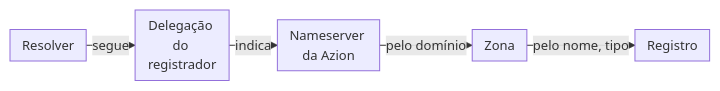
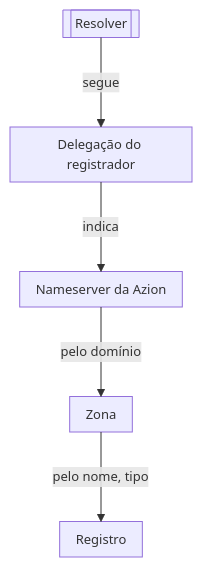
Before and after one commit to aziontech/docs: the diagram in apps/docs/src/content/docs/pt-br/pages/menu-principal/referencia/secure/edge-dns/edge-dns.mdx, drawn with Mermaid. The commit also changed 179 other files, not shown here.

Commit message:
docs(diagrams): redraw every other diagram in the use-case diagram style (#2513)

````diff
--- a/apps/docs/src/content/docs/pt-br/pages/menu-principal/referencia/secure/edge-dns/edge-dns.mdx
+++ b/apps/docs/src/content/docs/pt-br/pages/menu-principal/referencia/secure/edge-dns/edge-dns.mdx
@@ -50,8 +50,8 @@
 ```mermaid
-%%{init: {"layout": "dagre", "themeVariables": {"fontSize": "13px"}, "flowchart": {"nodeSpacing": 12, "rankSpacing": 12, "padding": 6, "wrappingWidth": 70, "minNodeWidth": 40, "useMaxWidth": true}}}%%
-flowchart LR
-  Res["Resolver"] -->|"segue"| Del["Delegação do registrador"]
+%%{init: {"layout": "elk", "themeVariables": {"fontSize": "13px"}, "flowchart": {"nodeSpacing": 24, "rankSpacing": 36, "padding": 8, "wrappingWidth": 150, "useMaxWidth": true}, "sequence": {"width": 120, "actorMargin": 30, "useMaxWidth": true}}}%%
+flowchart TD
+  Res[["Resolver"]] -->|"segue"| Del["Delegação do registrador"]
   Del -->|"indica"| Ns["Nameserver da Azion"]
   Ns -->|"pelo domínio"| Zone["Zona"]
   Zone -->|"pelo nome, tipo"| Rec["Registro"]
 ```
````
